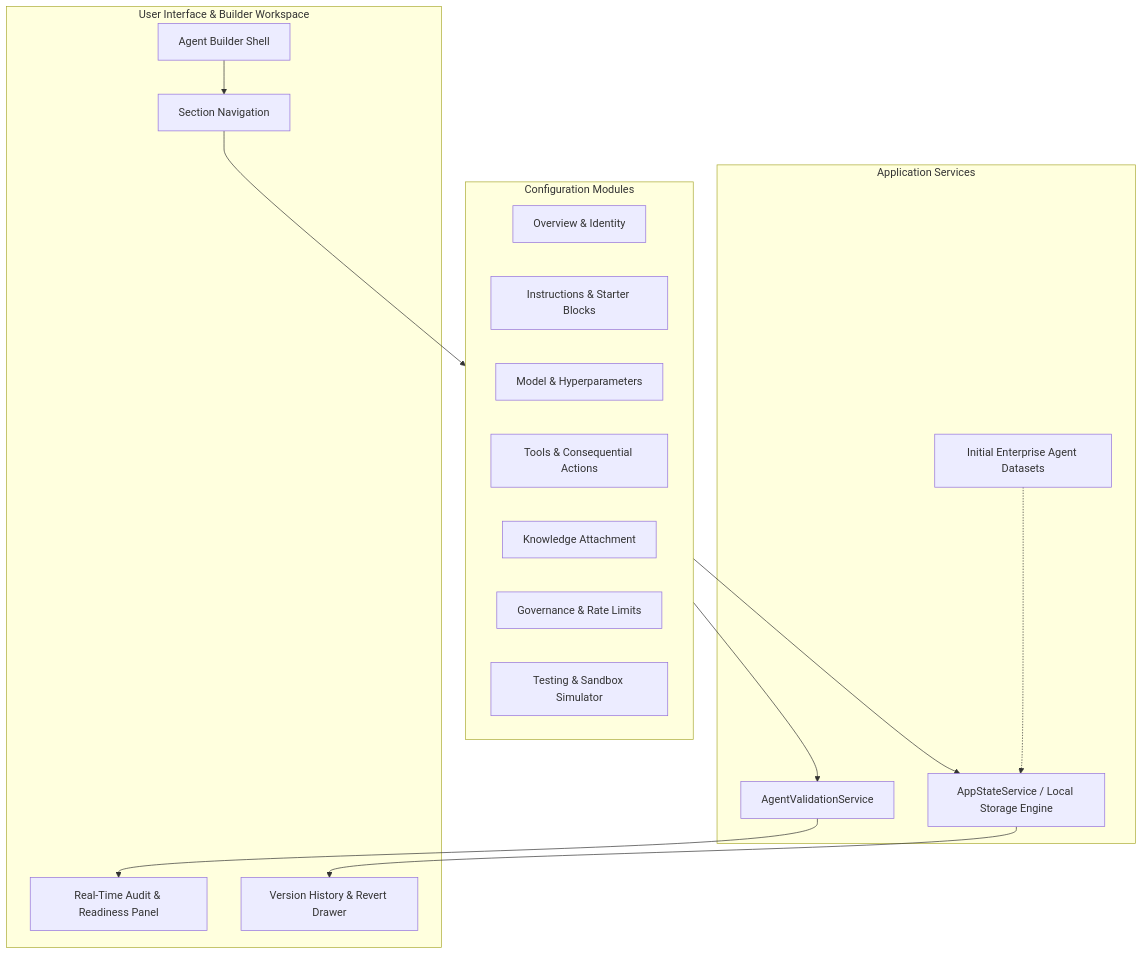
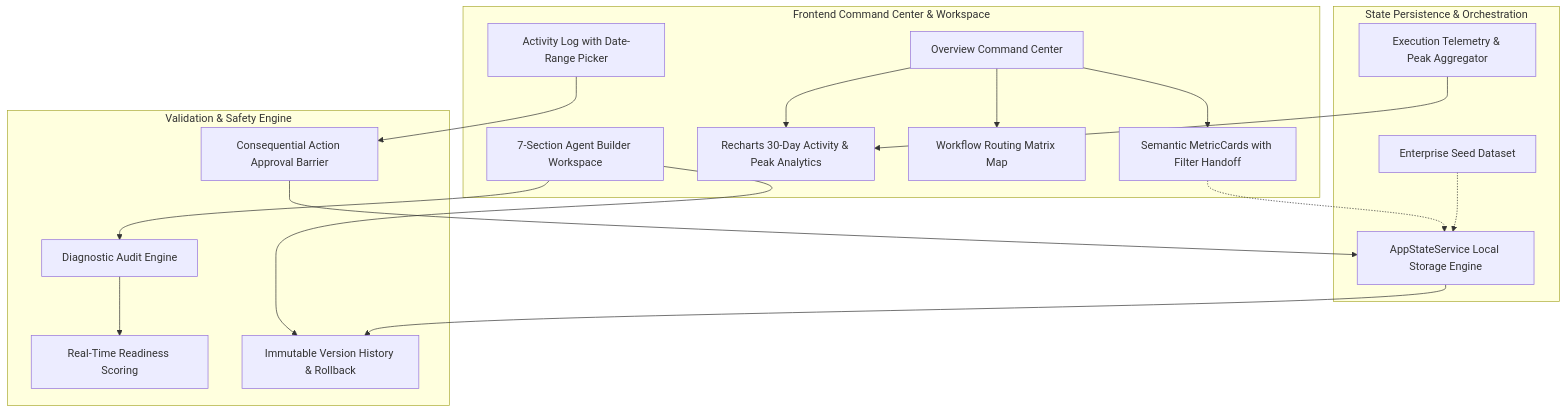
The diagram in README.md (garvshaw89-glitch/core_agents), drawn with Mermaid before and after one commit. The commit also changed other lines of this file and 1 other file, not shown here.

````diff
--- a/README.md
+++ b/README.md
@@ -71,33 +86,37 @@
 ```mermaid
 graph TD
-    subgraph UI_Layer [User Interface & Builder Workspace]
-        Shell[Agent Builder Shell]
-        Nav[Section Navigation]
-        AuditPanel[Real-Time Audit & Readiness Panel]
-        VersionDrawer[Version History & Revert Drawer]
+    subgraph UI_Layer [Frontend Command Center & Workspace]
+        CommandCenter[Overview Command Center]
+        MetricCards[Semantic MetricCards with Filter Handoff]
+        VolumeChart[Recharts 30-Day Activity & Peak Analytics]
+        RoutingMap[Workflow Routing Matrix Map]
+        BuilderShell[7-Section Agent Builder Workspace]
+        ActivityPage[Activity Log with Date-Range Picker]
     end
 
-    subgraph Sections [Configuration Modules]
-        S1[Overview & Identity]
-        S2[Instructions & Starter Blocks]
-        S3[Model & Hyperparameters]
-        S4[Tools & Consequential Actions]
-        S5[Knowledge Attachment]
-        S6[Governance & Rate Limits]
-        S7[Testing & Sandbox Simulator]
+    subgraph Governance_Layer [Validation & Safety Engine]
+        AuditEngine[Diagnostic Audit Engine]
+        ReadinessScore[Real-Time Readiness Scoring]
+        HumanGate[Consequential Action Approval Barrier]
+        VersionHistory[Immutable Version History & Rollback]
     end
 
-    subgraph Core_Services [Application Services]
-        StateService[AppStateService / Local Storage Engine]
-        ValidationEngine[AgentValidationService]
-        SeedData[Initial Enterprise Agent Datasets]
+    subgraph Service_Layer [State Persistence & Orchestration]
+        AppState[AppStateService Local Storage Engine]
+        TelemetryService[Execution Telemetry & Peak Aggregator]
+        SeedFixtures[Enterprise Seed Dataset]
     end
 
-    Shell --> Nav
-    Nav --> Sections
-    Sections --> ValidationEngine
-    ValidationEngine --> AuditPanel
-    Sections --> StateService
-    StateService --> VersionDrawer
-    SeedData -.-> StateService
+    CommandCenter --> MetricCards
+    CommandCenter --> VolumeChart
+    CommandCenter --> RoutingMap
+    BuilderShell --> AuditEngine
+    AuditEngine --> ReadinessScore
+    BuilderShell --> VersionHistory
+    ActivityPage --> HumanGate
+    HumanGate --> AppState
+    MetricCards -.-> AppState
+    TelemetryService --> VolumeChart
+    AppState --> VersionHistory
+    SeedFixtures -.-> AppState
 ```
````
